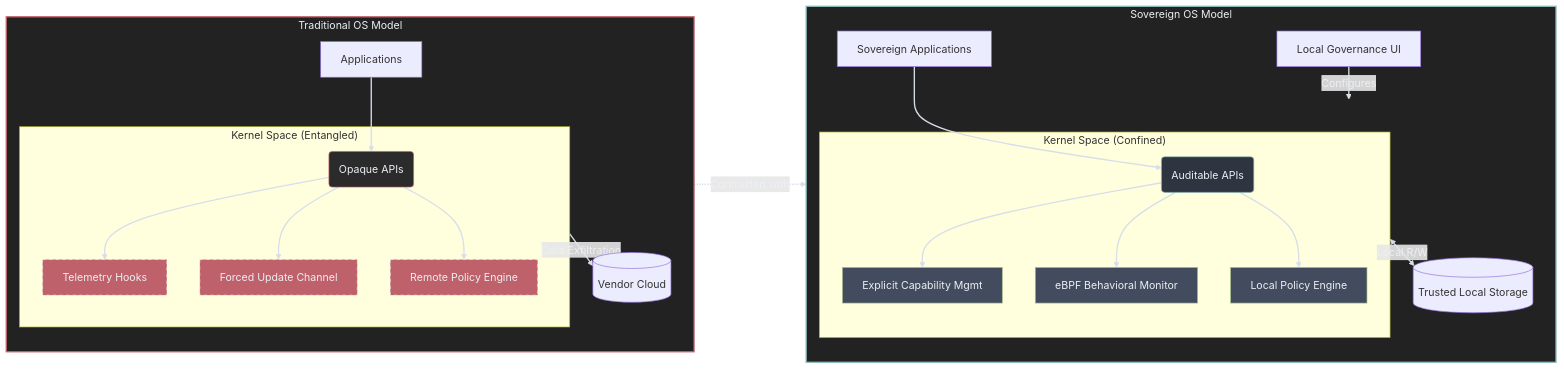
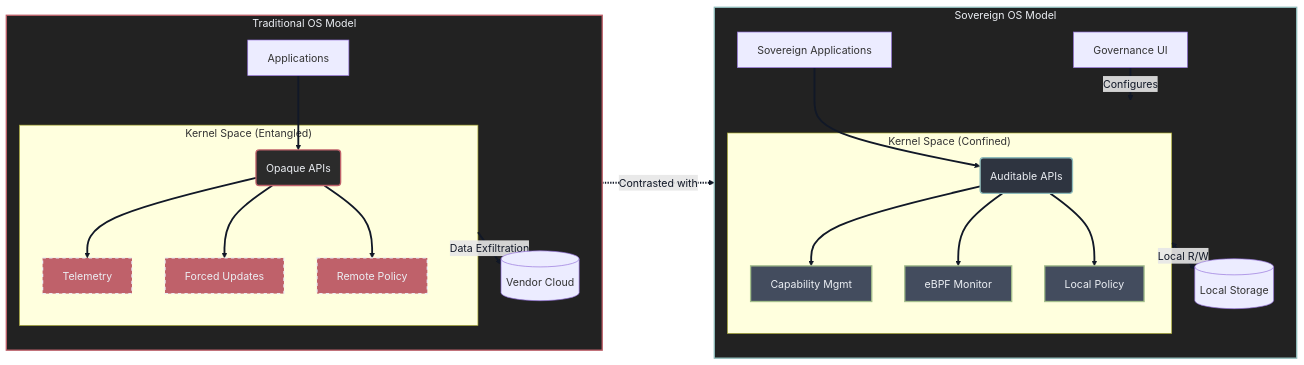
Before and after one commit to FreeOSme/web: the fourth of 4 diagrams in blog/content/divulgation/digital-sovereignty-architecture.md, drawn with Mermaid. The commit also changed other lines of this file and 6 other files, not shown here.

First line of the commit message:
💄 style(blog): improve diagram contrast and layout

````diff
--- a/blog/content/divulgation/digital-sovereignty-architecture.md
+++ b/blog/content/divulgation/digital-sovereignty-architecture.md
@@ -265,47 +265,47 @@
 ```mermaid
 flowchart LR
     %% Definición de estilos
-    classDef opaque fill:#2b2b2b,stroke:#bf616a,stroke-width:1px,color:#eceff4
-    classDef sovereign fill:#2e3440,stroke:#8fbcbb,stroke-width:1px,color:#eceff4
-    classDef hook fill:#bf616a,stroke:#eceff4,stroke-width:1px,stroke-dasharray: 5 5,color:#eceff4
-    classDef monitor fill:#434c5e,stroke:#a3be8c,stroke-width:1px,color:#eceff4
+    classDef opaque fill:#2b2b2b,stroke:#bf616a,stroke-width:2px,color:#eceff4
+    classDef sovereign fill:#2e3440,stroke:#8fbcbb,stroke-width:2px,color:#eceff4
+    classDef hook fill:#bf616a,stroke:#eceff4,stroke-width:2px,stroke-dasharray: 5 5,color:#eceff4
+    classDef monitor fill:#434c5e,stroke:#a3be8c,stroke-width:2px,color:#eceff4
 
-    %% Forzar flechas y texto de flechas a colores claros para modo oscuro
-    linkStyle default stroke:#d8dee9,stroke-width:2px,color:#eceff4
+    %% Más contraste de líneas y etiquetas para mejorar legibilidad
+    linkStyle default stroke:#111827,stroke-width:2.8px,color:#111827
 
     %% Lado Izquierdo: Tradicional
     subgraph Trad ["Traditional OS Model"]
         direction TB
         App1[Applications] --> API1(Opaque APIs):::opaque
         
         subgraph K1 ["Kernel Space (Entangled)"]
-            API1 --> Tele1[Telemetry Hooks]:::hook
-            API1 --> Upd1[Forced Update Channel]:::hook
-            API1 --> Pol1[Remote Policy Engine]:::hook
+            API1 --> Tele1[Telemetry]:::hook
+            API1 --> Upd1[Forced Updates]:::hook
+            API1 --> Pol1[Remote Policy]:::hook
         end
         
         K1 ==>|Data Exfiltration| Cloud[(Vendor Cloud)]
     end
 
     %% Lado Derecho: Soberano
     subgraph Sov ["Sovereign OS Model"]
         direction TB
         App2[Sovereign Applications] --> API2(Auditable APIs):::sovereign
         
         subgraph K2 ["Kernel Space (Confined)"]
-            API2 --> Capabilities[Explicit Capability Mgmt]:::monitor
-            API2 --> eBPF[eBPF Behavioral Monitor]:::monitor
-            API2 --> LocalPol[Local Policy Engine]:::monitor
+            API2 --> Capabilities[Capability Mgmt]:::monitor
+            API2 --> eBPF[eBPF Monitor]:::monitor
+            API2 --> LocalPol[Local Policy]:::monitor
         end
         
-        Gov[Local Governance UI] ==>|Configures| K2
-        K2 <-->|Local R/W| Disk[(Trusted Local Storage)]
+        Gov[Governance UI] ==>|Configures| K2
+        K2 <-->|Local R/W| Disk[(Local Storage)]
     end
     
     %% Relación de contraste
     Trad -.->|Contrasted with| Sov
 
     %% Estilos de los subgrafos
     style Trad fill:#222,stroke:#bf616a,stroke-width:2px,color:#eceff4
     style Sov fill:#222,stroke:#8fbcbb,stroke-width:2px,color:#eceff4
 ```
````
